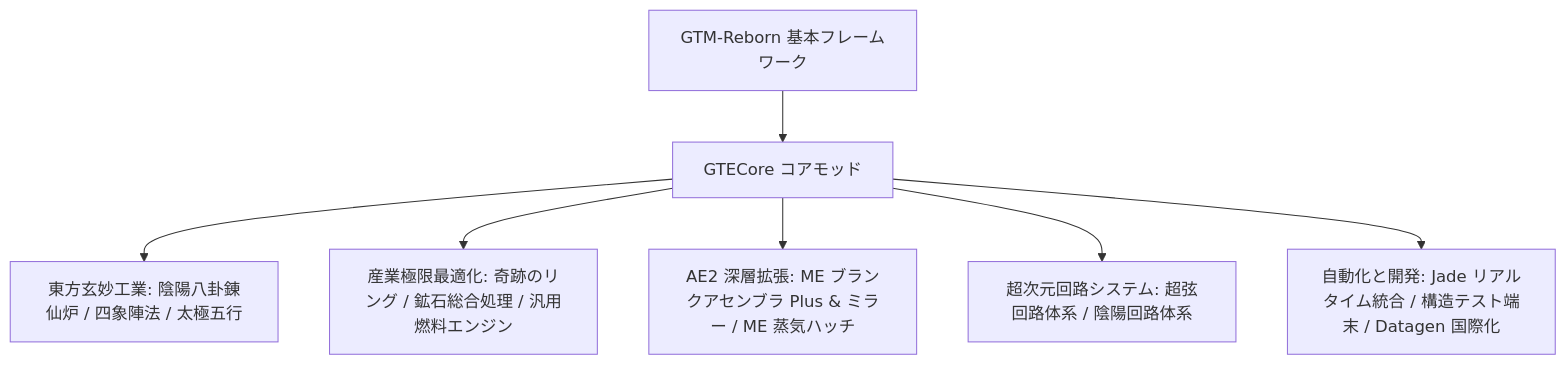
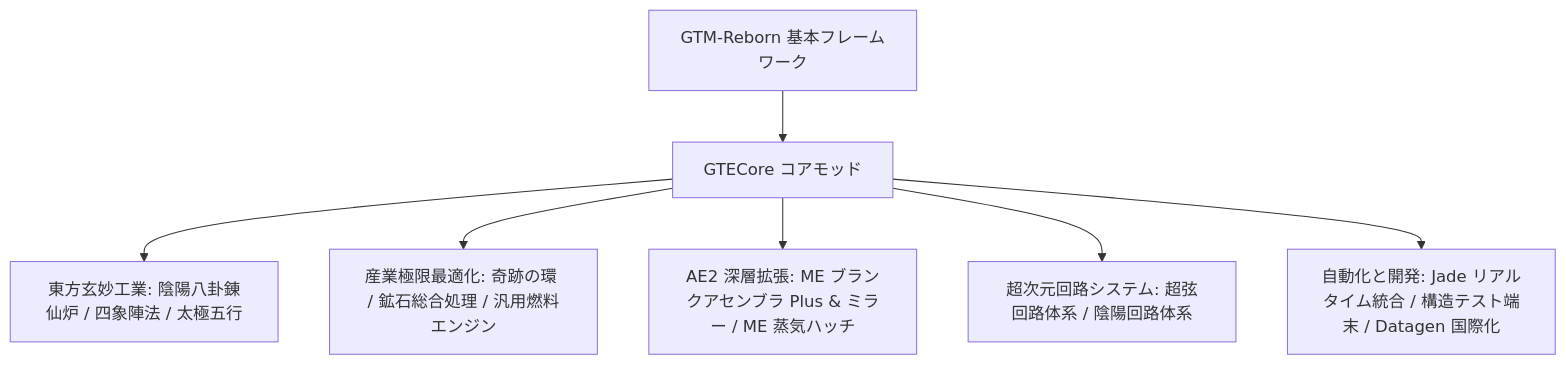
One commit to takanashisatou/GregtechEasy changed the diagram in docs/ja/gtecore/overview.md. Above: the diagram before and after it, drawn with Mermaid. The commit also changed other lines of this file and 138 other files, not shown here.

````diff
--- a/docs/ja/gtecore/overview.md
+++ b/docs/ja/gtecore/overview.md
@@ -9,9 +9,9 @@
 ```mermaid
 graph TD
     A[GTM-Reborn 基本フレームワーク] --> B[GTECore コアモッド]
     B --> C[東方玄妙工業: 陰陽八卦錬仙炉 / 四象陣法 / 太極五行]
-    B --> D[産業極限最適化: 奇跡のリング / 鉱石総合処理 / 汎用燃料エンジン]
+    B --> D[産業極限最適化: 奇跡の環 / 鉱石総合処理 / 汎用燃料エンジン]
     B --> E[AE2 深層拡張: ME ブランクアセンブラ Plus & ミラー / ME 蒸気ハッチ]
     B --> F[超次元回路システム: 超弦回路体系 / 陰陽回路体系]
     B --> G[自動化と開発: Jade リアルタイム統合 / 構造テスト端末 / Datagen 国際化]
 ```
````
